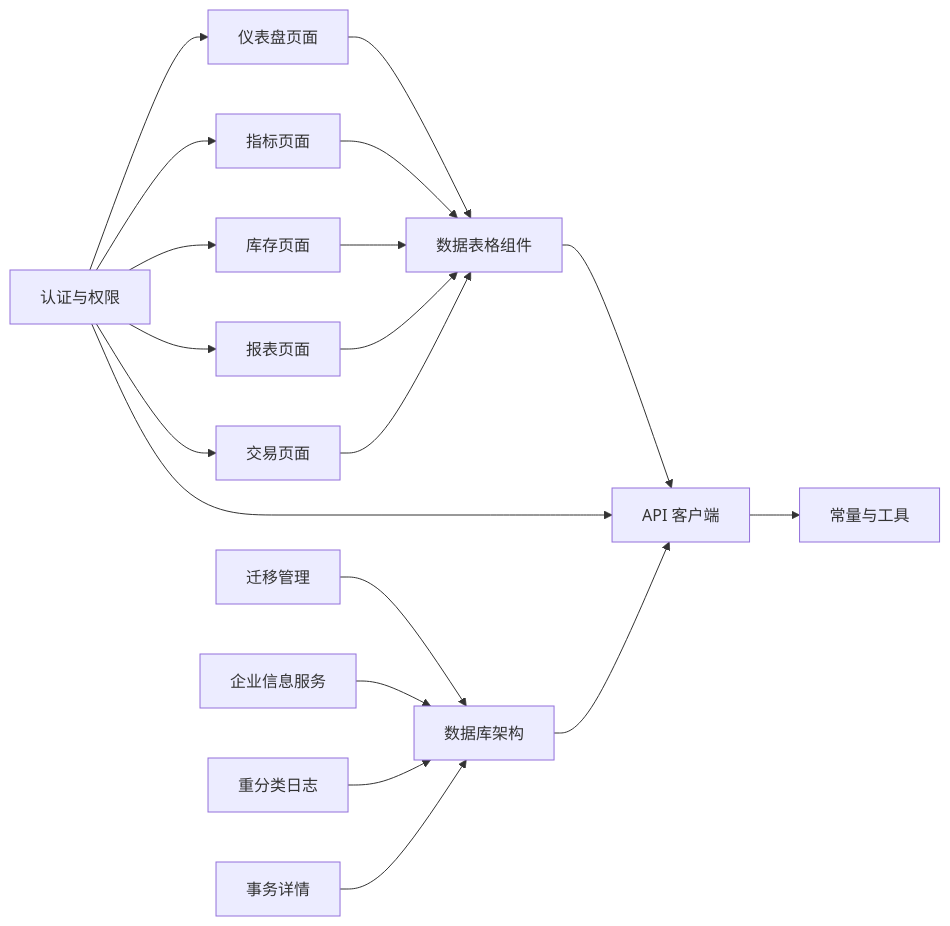
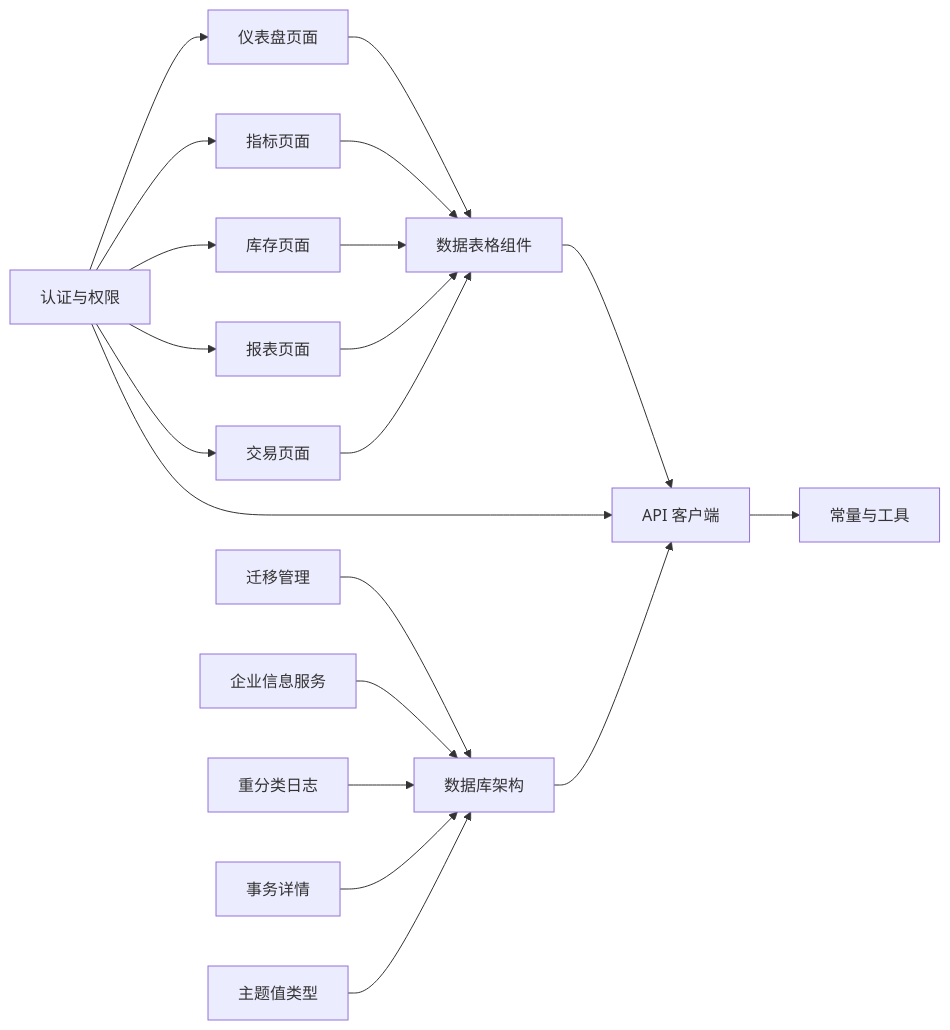
Before and after one commit to Damao997/newproject: the fifth of 6 diagrams in .qoder/repowiki/zh/content/架构设计/数据库架构设计.md, drawn with Mermaid. The commit also changed other lines of this file and 118 other files, not shown here.

````diff
--- a/.qoder/repowiki/zh/content/架构设计/数据库架构设计.md
+++ b/.qoder/repowiki/zh/content/架构设计/数据库架构设计.md
@@ -306,21 +311,22 @@
 ```mermaid
 graph LR
 Dashboard["仪表盘页面"] --> DataTable["数据表格组件"]
 Indicators["指标页面"] --> DataTable
 Inventory["库存页面"] --> DataTable
 Reports["报表页面"] --> DataTable
 Transactions["交易页面"] --> DataTable
 DataTable --> API["API 客户端"]
 API --> Constants["常量与工具"]
 Auth["认证与权限"] --> API
 Auth --> Dashboard
 Auth --> Indicators
 Auth --> Inventory
 Auth --> Reports
 Auth --> Transactions
 Schema["数据库架构"] --> API
 Migration["迁移管理"] --> Schema
 EnterpriseInfo["企业信息服务"] --> Schema
 ReclassificationLog["重分类日志"] --> Schema
 TransactionDetail["事务详情"] --> Schema
+SubjectValueType["主题值类型"] --> Schema
 ```
````
